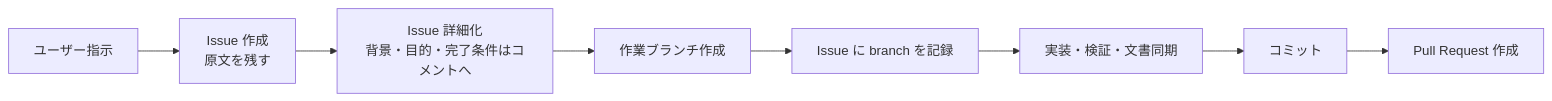
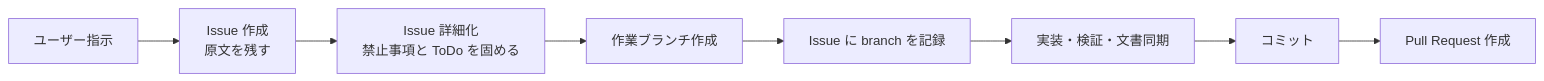
Before and after one commit to horikuma/YoutubeFeeder: the second of 2 diagrams in docs/human-view/rules-overview.md, drawn with Mermaid. The commit also changed other lines of this file and 6 other files, not shown here.

````diff
--- a/docs/human-view/rules-overview.md
+++ b/docs/human-view/rules-overview.md
@@ -56,10 +51,10 @@
 ```mermaid
 flowchart LR
     A["ユーザー指示"] --> B["Issue 作成<br/>原文を残す"]
-    B --> C["Issue 詳細化<br/>背景・目的・完了条件はコメントへ"]
+    B --> C["Issue 詳細化<br/>禁止事項と ToDo を固める"]
     C --> D["作業ブランチ作成"]
     D --> E["Issue に branch を記録"]
     E --> F["実装・検証・文書同期"]
     F --> G["コミット"]
     G --> H["Pull Request 作成"]
 ```
````
